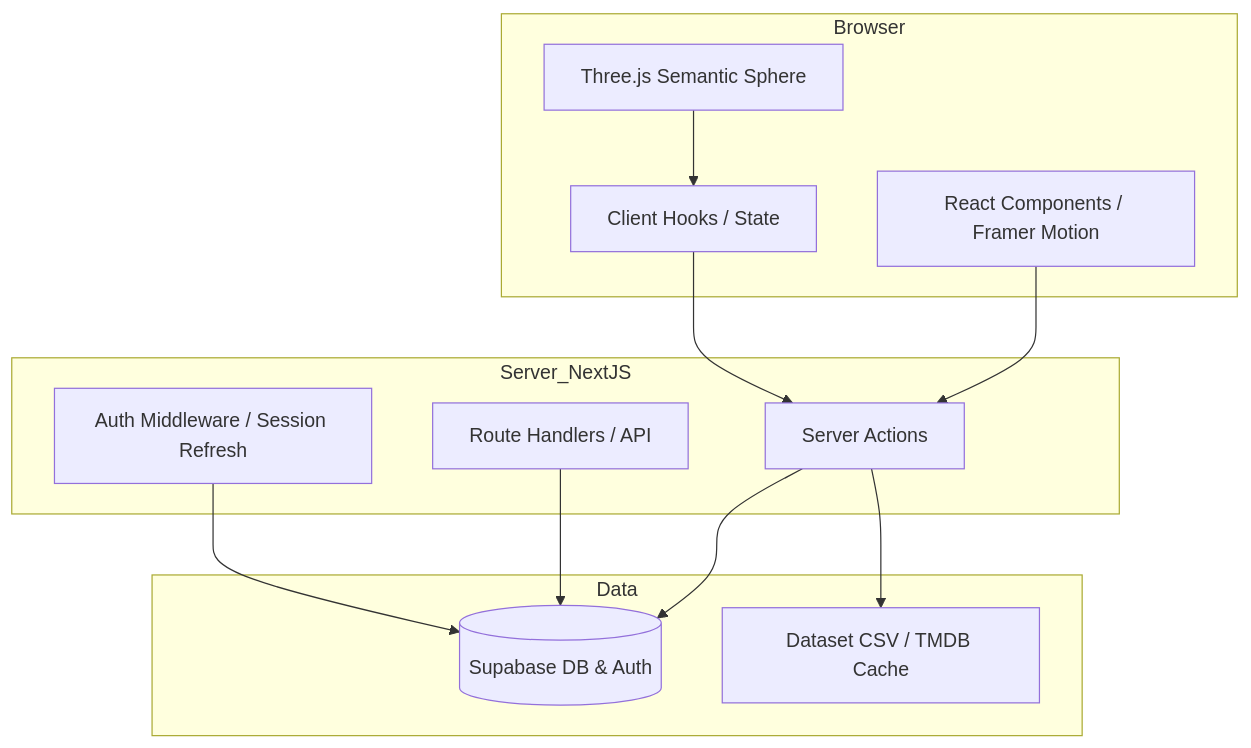
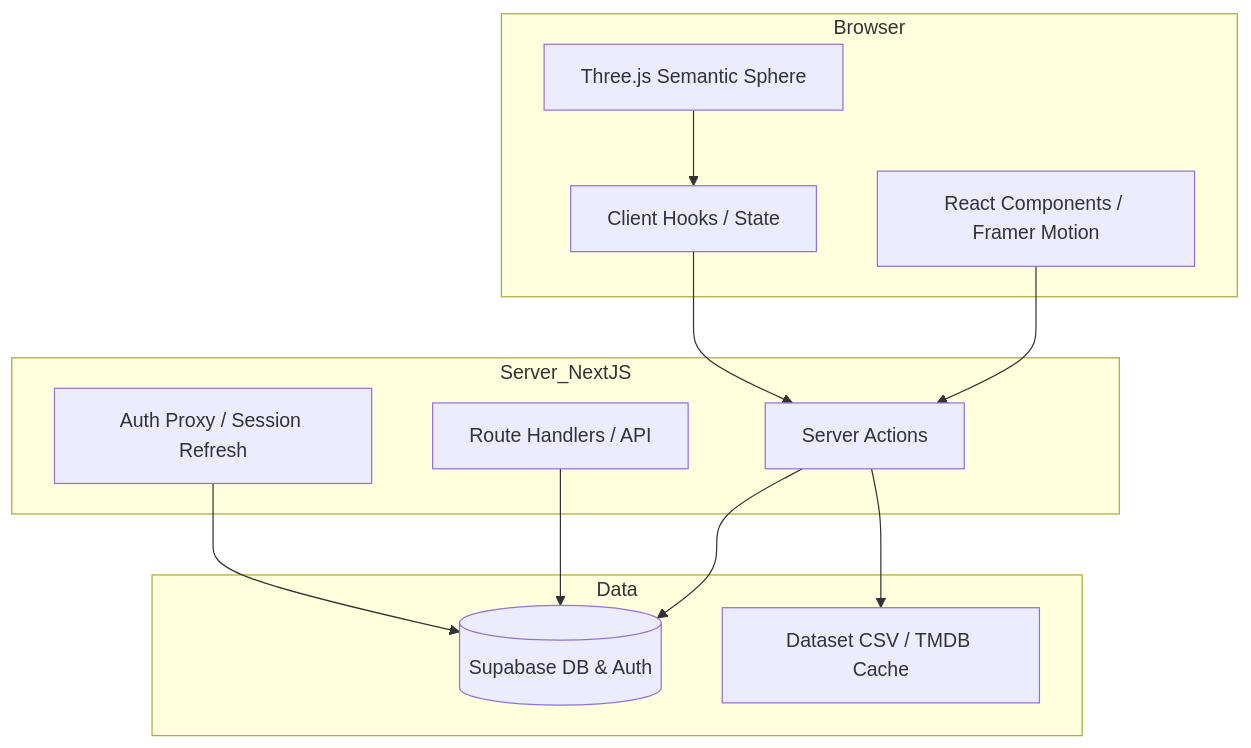
Before and after one commit to nozappcommercial/nozapp: the diagram in docs/architecture.md, drawn with Mermaid. The commit also changed other lines of this file and 13 other files, not shown here.

````diff
--- a/docs/architecture.md
+++ b/docs/architecture.md
@@ -34,27 +34,27 @@
 ```mermaid
 graph TB
     subgraph Browser
         UI[React Components / Framer Motion]
         Engine[Three.js Semantic Sphere]
         Hooks[Client Hooks / State]
     end
 
     subgraph Server_NextJS
         SA[Server Actions]
         RH[Route Handlers / API]
-        Middleware[Auth Middleware / Session Refresh]
+        Proxy[Auth Proxy / Session Refresh]
     end
 
     subgraph Data
         Supabase[(Supabase DB & Auth)]
         CSV[Dataset CSV / TMDB Cache]
     end
 
     UI --> SA
     Engine --> Hooks
     Hooks --> SA
     SA --> Supabase
     RH --> Supabase
     SA --> CSV
-    Middleware --> Supabase
+    Proxy --> Supabase
 ```
````
